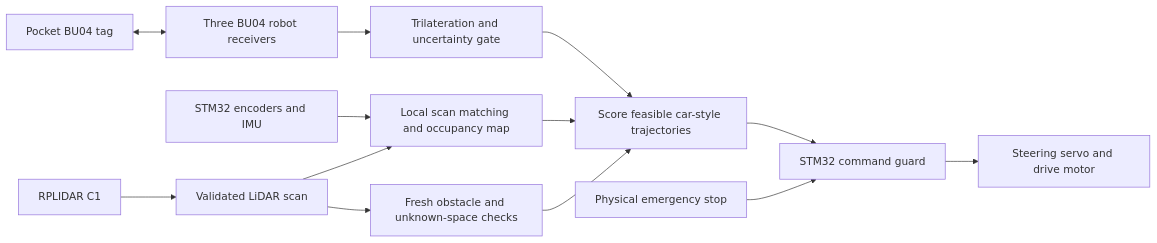
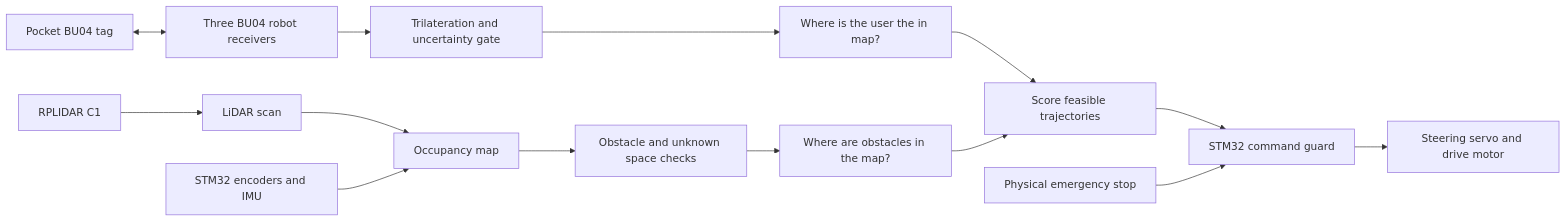
Before and after one commit to jfonseca32/RoboPack: the diagram in README.md, drawn with Mermaid. The commit also changed other lines of this file, not shown here.

Commit message:
Update Mermaid Readme

````diff
--- a/README.md
+++ b/README.md
@@ -14,15 +13,16 @@
 ```mermaid
 flowchart LR
-    C1[RPLIDAR C1] --> Scan[Validated LiDAR scan]
-    Scan --> SLAM[Local scan matching and occupancy map]
-    Scan --> Collision[Fresh obstacle and unknown-space checks]
+    C1[RPLIDAR C1] --> Scan[LiDAR scan]
+    Scan --> SLAM[Occupancy map]
+    SLAM --> Collision[Obstacle and unknown space checks]
     STM[STM32 encoders and IMU] --> SLAM
     Tag[Pocket BU04 tag] <--> Anchors[Three BU04 robot receivers]
     Anchors --> UWB[Trilateration and uncertainty gate]
-    UWB --> Planner[Score feasible car-style trajectories]
-    SLAM --> Planner
-    Collision --> Planner
+    UWB ---> Person[Where is the user the in map?]
+    Person --> Planner[Score feasible trajectories]
+    Collision --> Obstacles[Where are obstacles in the map?]
+    Obstacles --> Planner
     Planner --> Guard[STM32 command guard]
     Stop[Physical emergency stop] --> Guard
     Guard --> Motors[Steering servo and drive motor]
 ```
````
